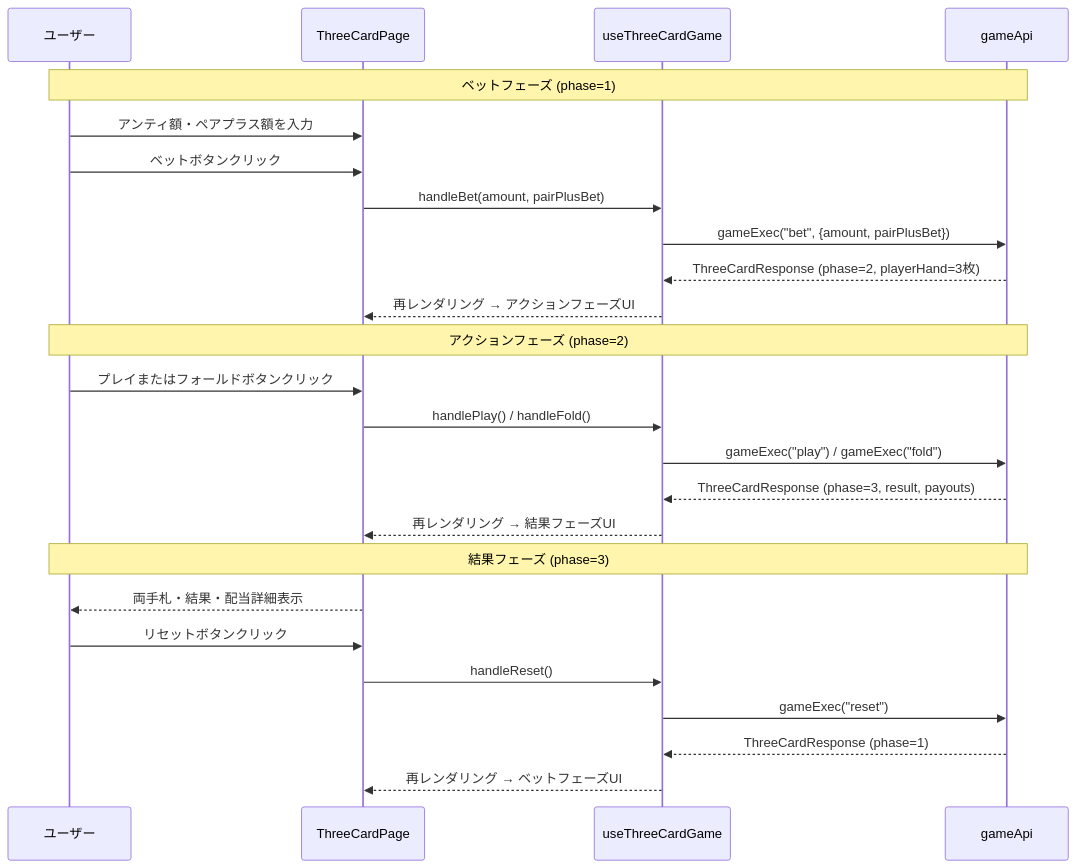
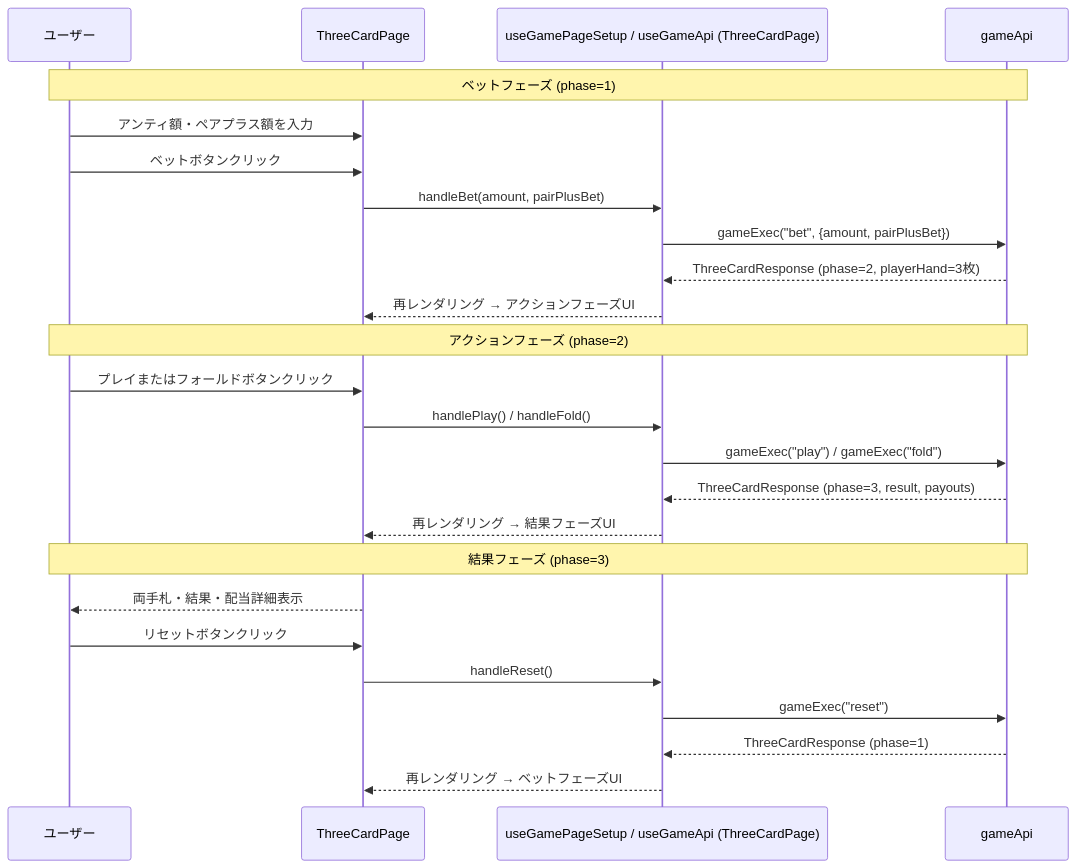
One commit to yuta-yoshinaga/go_trumpcards changed diagram 15 of 49 in docs/design/frontend.md. Above: the diagram before and after it, drawn with Mermaid. The commit also changed other lines of this file and 11 other files, not shown here.

````diff
--- a/docs/design/frontend.md
+++ b/docs/design/frontend.md
@@ -2216,30 +2221,30 @@
 ```mermaid
 sequenceDiagram
     participant User as ユーザー
     participant Page as ThreeCardPage
-    participant Hook as useThreeCardGame
+    participant Hook as useGamePageSetup / useGameApi (ThreeCardPage)
     participant API as gameApi
 
     Note over User,API: ベットフェーズ (phase=1)
     User->>Page: アンティ額・ペアプラス額を入力
     User->>Page: ベットボタンクリック
     Page->>Hook: handleBet(amount, pairPlusBet)
     Hook->>API: gameExec("bet", {amount, pairPlusBet})
     API-->>Hook: ThreeCardResponse (phase=2, playerHand=3枚)
     Hook-->>Page: 再レンダリング → アクションフェーズUI
 
     Note over User,API: アクションフェーズ (phase=2)
     User->>Page: プレイまたはフォールドボタンクリック
     Page->>Hook: handlePlay() / handleFold()
     Hook->>API: gameExec("play") / gameExec("fold")
     API-->>Hook: ThreeCardResponse (phase=3, result, payouts)
     Hook-->>Page: 再レンダリング → 結果フェーズUI
 
     Note over User,API: 結果フェーズ (phase=3)
     Page-->>User: 両手札・結果・配当詳細表示
     User->>Page: リセットボタンクリック
     Page->>Hook: handleReset()
     Hook->>API: gameExec("reset")
     API-->>Hook: ThreeCardResponse (phase=1)
     Hook-->>Page: 再レンダリング → ベットフェーズUI
 ```
````
